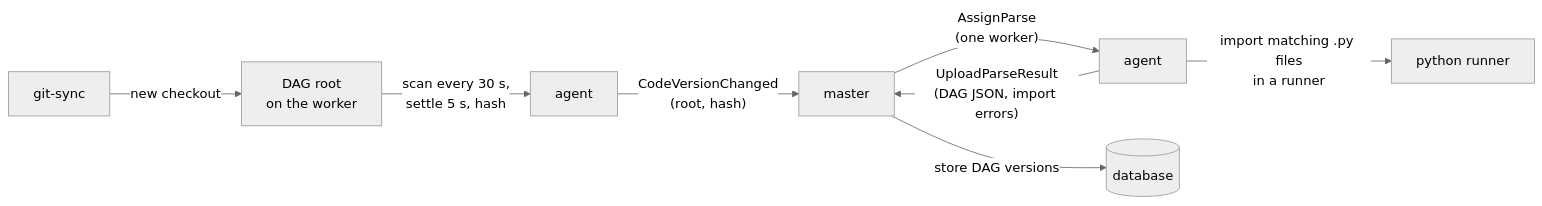
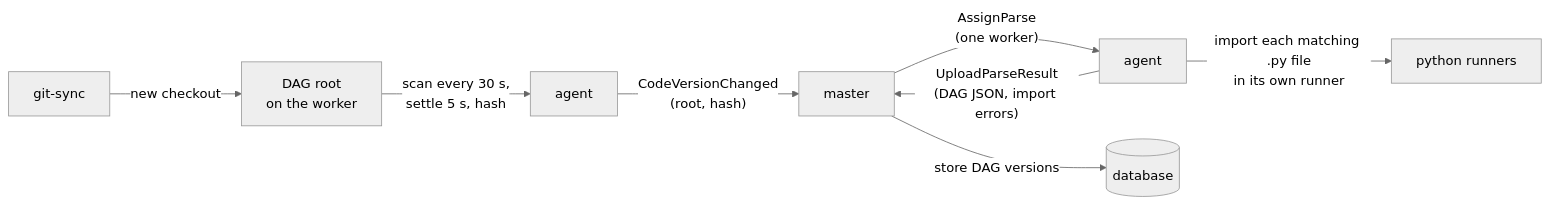
One commit to ptutak/schedr changed the diagram in docs/03-guide/06-parsing.md. Above: the diagram before and after it, drawn with Mermaid (neutral theme). The commit also changed other lines of this file and 57 other files, not shown here.

````diff
--- a/docs/03-guide/06-parsing.md
+++ b/docs/03-guide/06-parsing.md
@@ -10,10 +10,10 @@
 ```mermaid
 flowchart LR
     git["git-sync"] -- "new checkout" --> files["DAG root<br/>on the worker"]
     files -- "scan every 30 s,<br/>settle 5 s, hash" --> agent["agent"]
     agent -- "CodeVersionChanged<br/>(root, hash)" --> master["master"]
     master -- "AssignParse<br/>(one worker)" --> agent2["agent"]
-    agent2 -- "import matching .py files<br/>in a runner" --> runner["python runner"]
+    agent2 -- "import each matching .py file<br/>in its own runner" --> runner["python runners"]
     agent2 -- "UploadParseResult<br/>(DAG JSON, import errors)" --> master
     master -- "store DAG versions" --> db[("database")]
 ```
````
